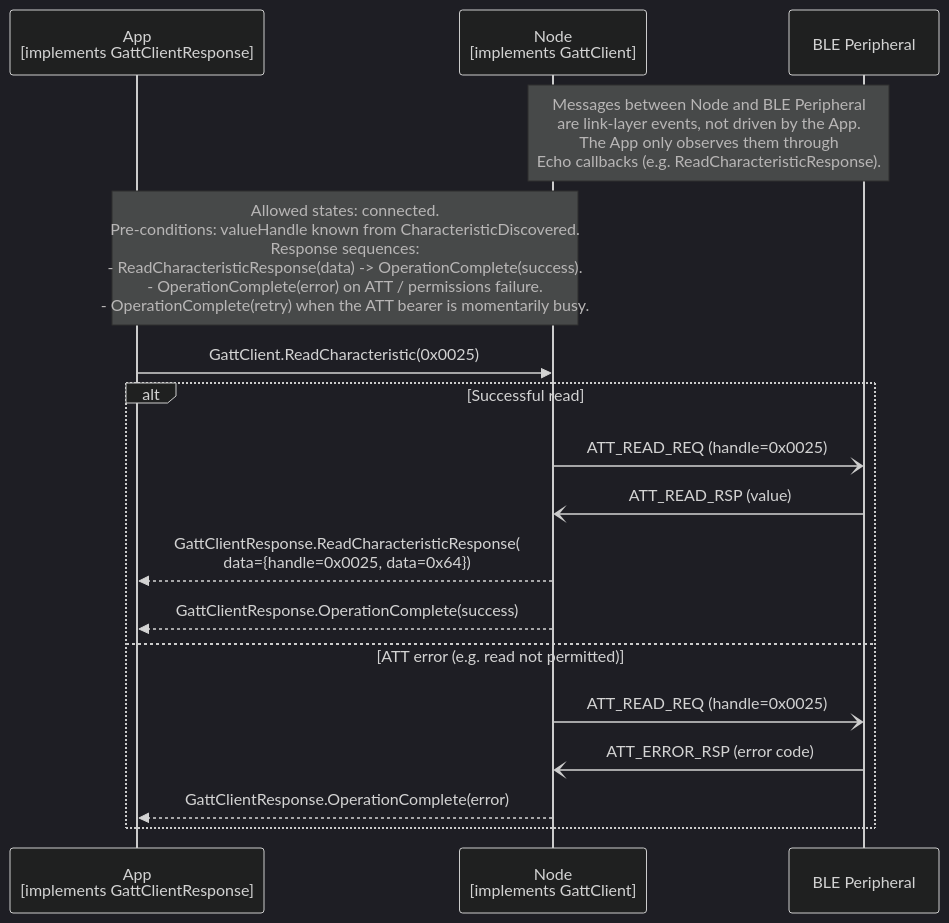
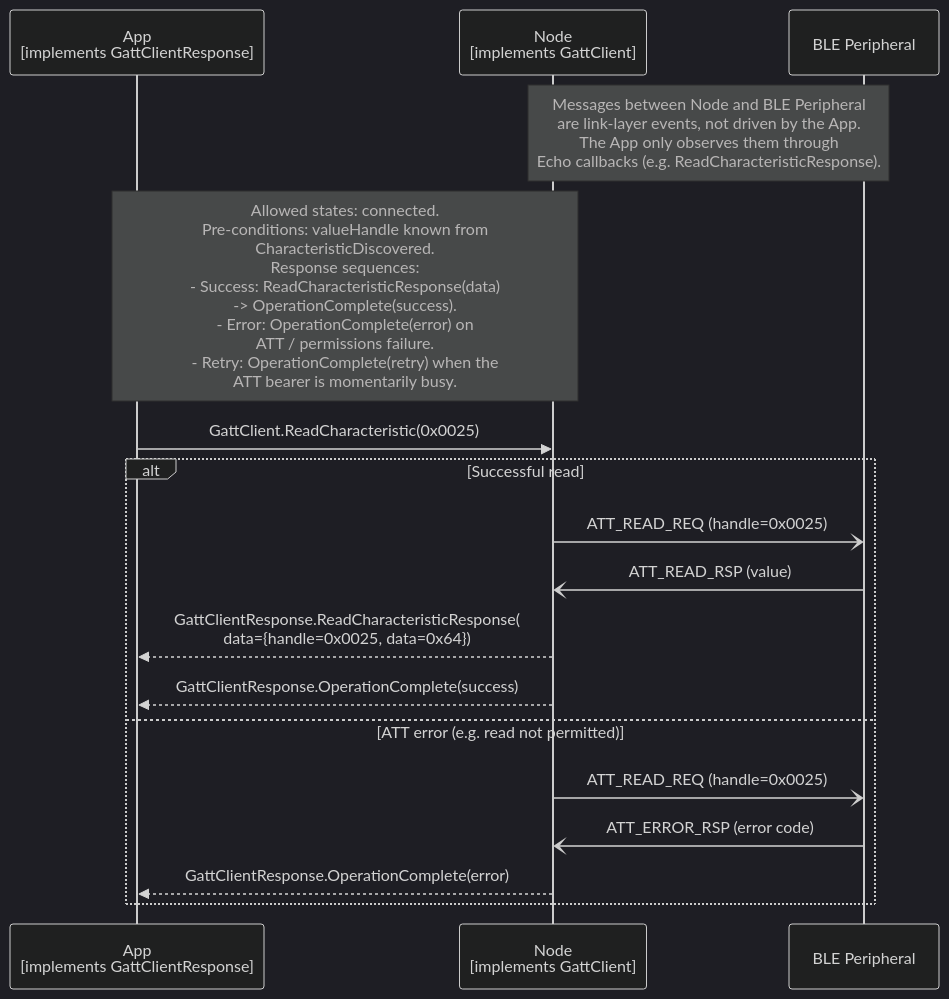
One commit to philips-software/amp-embedded-infra-lib changed the diagram in documents/modules/ROOT/partials/echoservices/gatt_client/GattClient_ReadCharacteristic_sequence.mmd. Above: the diagram before and after it, drawn with Mermaid (dark theme). The commit also changed 12 other files, not shown here.

```diff
--- a/documents/modules/ROOT/partials/echoservices/gatt_client/GattClient_ReadCharacteristic_sequence.mmd
+++ b/documents/modules/ROOT/partials/echoservices/gatt_client/GattClient_ReadCharacteristic_sequence.mmd
@@ -1,20 +1,20 @@
 sequenceDiagram
     participant App as App<br>[implements GattClientResponse]
     participant Node as Node<br>[implements GattClient]
     participant Peripheral as BLE Peripheral
 
     Note over Node, Peripheral: Messages between Node and BLE Peripheral<br>are link-layer events, not driven by the App.<br>The App only observes them through<br>Echo callbacks (e.g. ReadCharacteristicResponse).
-    Note over App, Node: Allowed states: connected.<br>Pre-conditions: valueHandle known from CharacteristicDiscovered.<br>Response sequences:<br>- ReadCharacteristicResponse(data) -> OperationComplete(success).<br>- OperationComplete(error) on ATT / permissions failure.<br>- OperationComplete(retry) when the ATT bearer is momentarily busy.
+    Note over App, Node: Allowed states: connected.<br>Pre-conditions: valueHandle known from<br>CharacteristicDiscovered.<br>Response sequences:<br>- Success: ReadCharacteristicResponse(data)<br>  -> OperationComplete(success).<br>- Error: OperationComplete(error) on<br>  ATT / permissions failure.<br>- Retry: OperationComplete(retry) when the<br>  ATT bearer is momentarily busy.
 
     App->>Node: GattClient.ReadCharacteristic(0x0025)
 
     alt Successful read
         Node-)Peripheral: ATT_READ_REQ (handle=0x0025)
         Peripheral-)Node: ATT_READ_RSP (value)
         Node-->>App: GattClientResponse.ReadCharacteristicResponse(<br>data={handle=0x0025, data=0x64})
         Node-->>App: GattClientResponse.OperationComplete(success)
     else ATT error (e.g. read not permitted)
         Node-)Peripheral: ATT_READ_REQ (handle=0x0025)
         Peripheral-)Node: ATT_ERROR_RSP (error code)
         Node-->>App: GattClientResponse.OperationComplete(error)
     end
```
